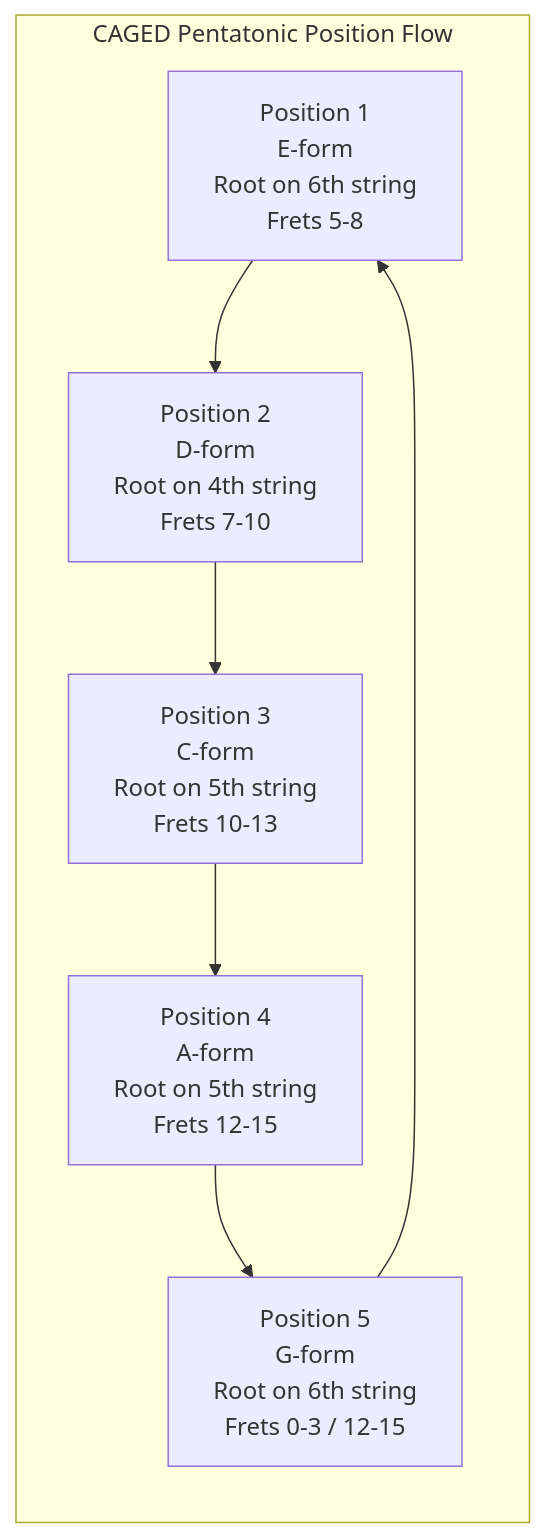
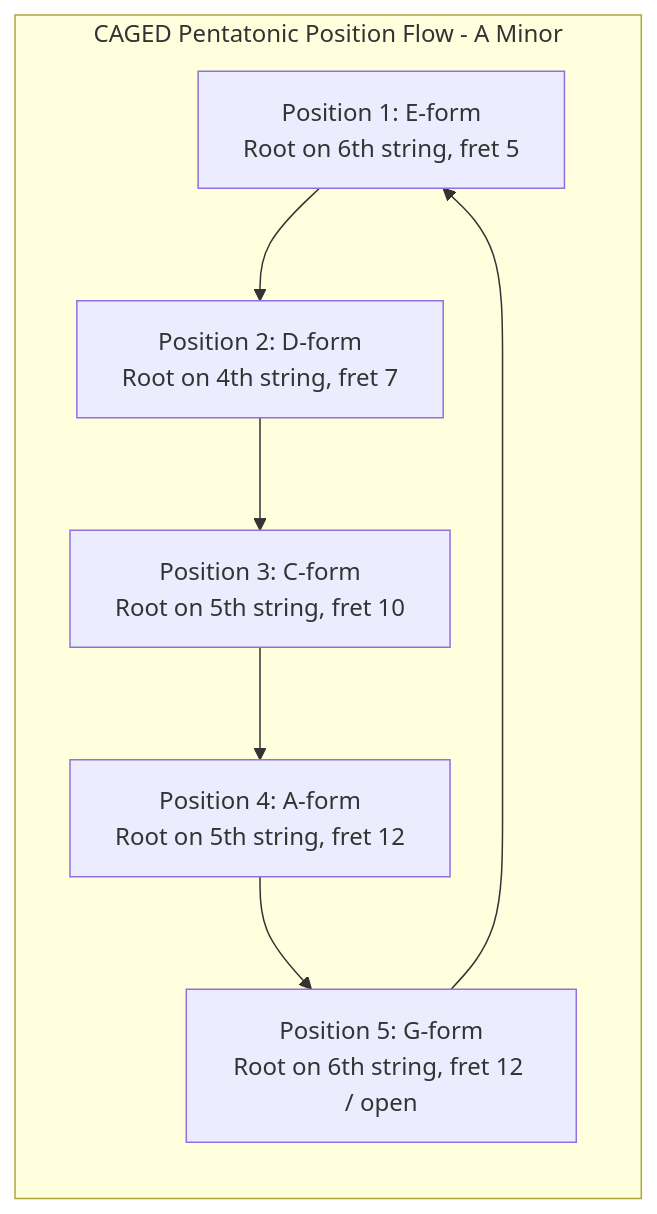
The first of 3 diagrams in topics/arts/music_performance/electric_guitar/lesson_03_pentatonic_modes_and_blues_phrasing.md (blebleblee/synapse), drawn with Mermaid before and after one commit. The commit also changed other lines of this file and 3 other files, not shown here.

````diff
--- a/topics/arts/music_performance/electric_guitar/lesson_03_pentatonic_modes_and_blues_phrasing.md
+++ b/topics/arts/music_performance/electric_guitar/lesson_03_pentatonic_modes_and_blues_phrasing.md
@@ -23,10 +22,10 @@
 ```mermaid
 graph LR
-    subgraph sub_caged ["CAGED Pentatonic Position Flow"]
-        A["Position 1<br/>E-form<br/>Root on 6th string<br/>Frets 5-8"] --> B["Position 2<br/>D-form<br/>Root on 4th string<br/>Frets 7-10"]
-        B --> C["Position 3<br/>C-form<br/>Root on 5th string<br/>Frets 10-13"]
-        C --> D["Position 4<br/>A-form<br/>Root on 5th string<br/>Frets 12-15"]
-        D --> E["Position 5<br/>G-form<br/>Root on 6th string<br/>Frets 0-3 / 12-15"]
+    subgraph sub_caged ["CAGED Pentatonic Position Flow - A Minor"]
+        A["Position 1: E-form<br/>Root on 6th string, fret 5"] --> B["Position 2: D-form<br/>Root on 4th string, fret 7"]
+        B --> C["Position 3: C-form<br/>Root on 5th string, fret 10"]
+        C --> D["Position 4: A-form<br/>Root on 5th string, fret 12"]
+        D --> E["Position 5: G-form<br/>Root on 6th string, fret 12 / open"]
         E --> A
     end
 ```
````
